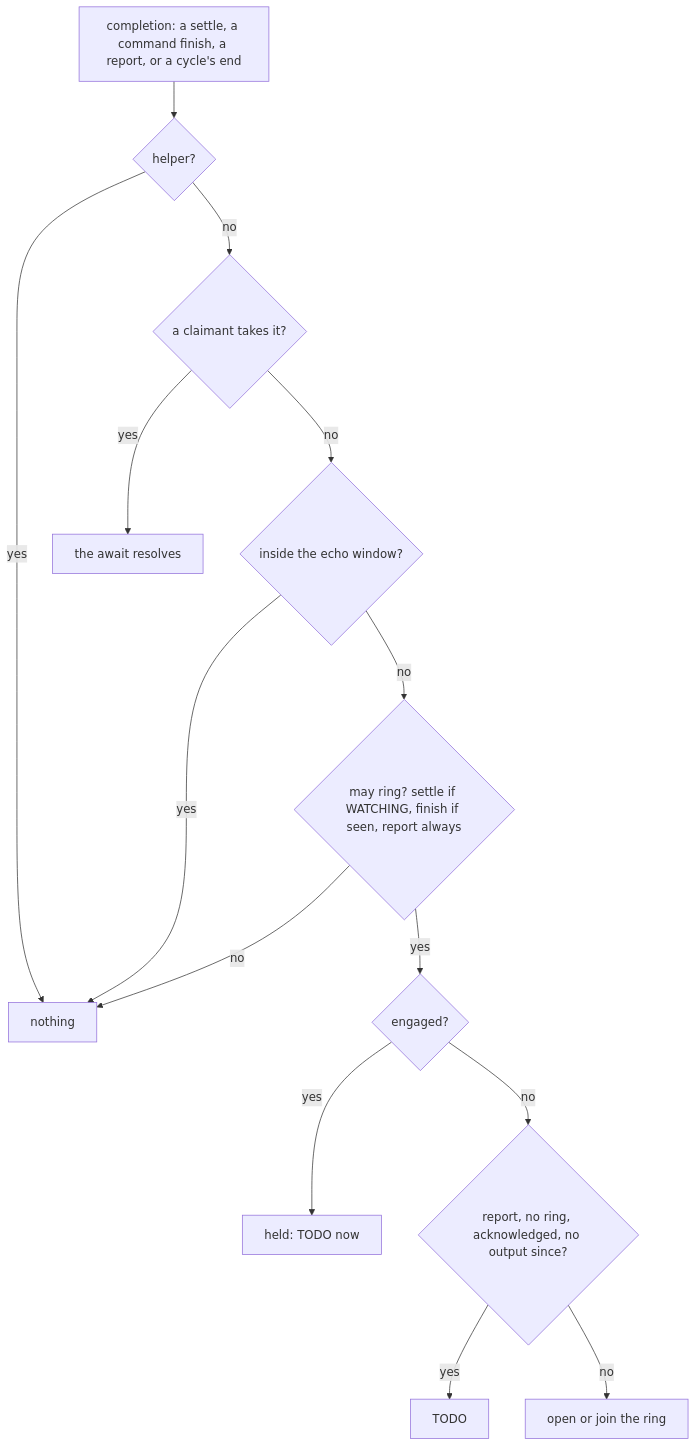
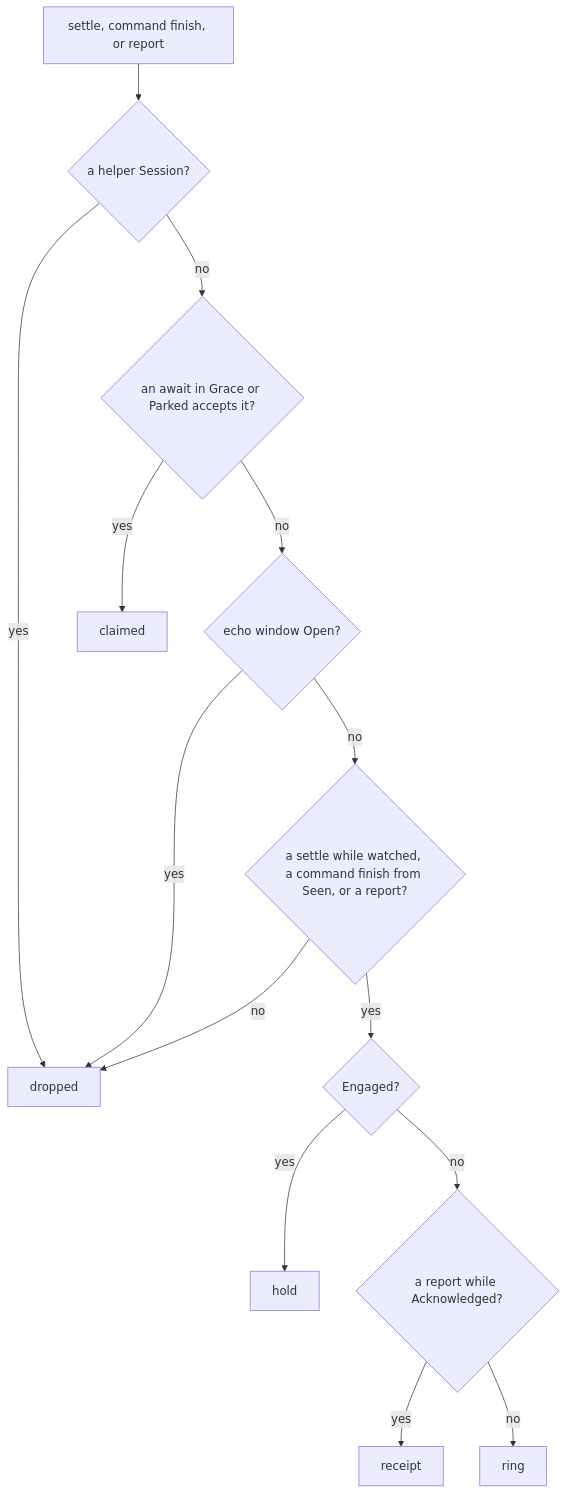
Before and after one commit to diffplug/dormouse: the second of 16 diagrams in docs/specs/alert.md, drawn with Mermaid. The commit also changed other lines of this file and 3 other files, not shown here.

````diff
--- a/docs/specs/alert.md
+++ b/docs/specs/alert.md
@@ -85,16 +130,16 @@
 ```mermaid
 flowchart TD
-  C["completion: a settle, a command finish, a report, or a cycle's end"] --> H{"helper?"}
-  H -- yes --> X["nothing"]
-  H -- no --> A{"a claimant takes it?"}
-  A -- yes --> W["the await resolves"]
-  A -- no --> E{"inside the echo window?"}
+  C["settle, command finish, or report"] --> H{"a helper Session?"}
+  H -- yes --> X["dropped"]
+  H -- no --> A{"an await in Grace or Parked accepts it?"}
+  A -- yes --> W["claimed"]
+  A -- no --> E{"echo window Open?"}
   E -- yes --> X
-  E -- no --> R{"may ring? settle if WATCHING, finish if seen, report always"}
+  E -- no --> R{"a settle while watched, a command finish from Seen, or a report?"}
   R -- no --> X
-  R -- yes --> G{"engaged?"}
-  G -- yes --> HD["held: TODO now"]
-  G -- no --> K{"report, no ring, acknowledged, no output since?"}
-  K -- yes --> T["TODO"]
-  K -- no --> RG["open or join the ring"]
+  R -- yes --> G{"Engaged?"}
+  G -- yes --> HD["hold"]
+  G -- no --> K{"a report while Acknowledged?"}
+  K -- yes --> T["receipt"]
+  K -- no --> RG["ring"]
 ```
````
